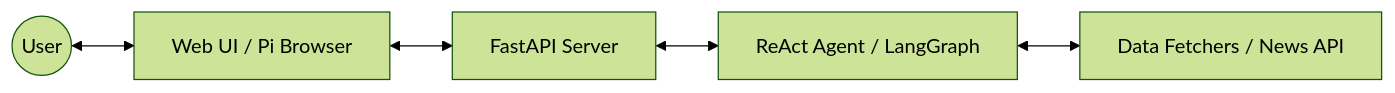
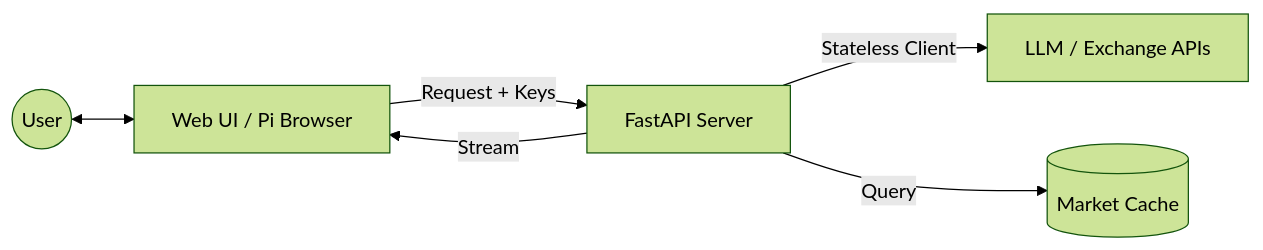
Before and after one commit to aaaa47080/stock_agent: the diagram in README.md, drawn with Mermaid (forest theme). The commit also changed other lines of this file and 23 other files, not shown here.

````diff
--- a/README.md
+++ b/README.md
@@ -70,7 +70,8 @@
 ```mermaid
 graph LR
     User((User)) <--> UI[Web UI / Pi Browser]
-    UI <--> API[FastAPI Server]
-    API <--> Agent[ReAct Agent / LangGraph]
-    Agent <--> Data[Data Fetchers / News API]
+    UI -- "Request + Keys" --> API[FastAPI Server]
+    API -- "Stateless Client" --> LLM[LLM / Exchange APIs]
+    API -- "Query" --> Cache[(Market Cache)]
+    API -- "Stream" --> UI
 ```
````
